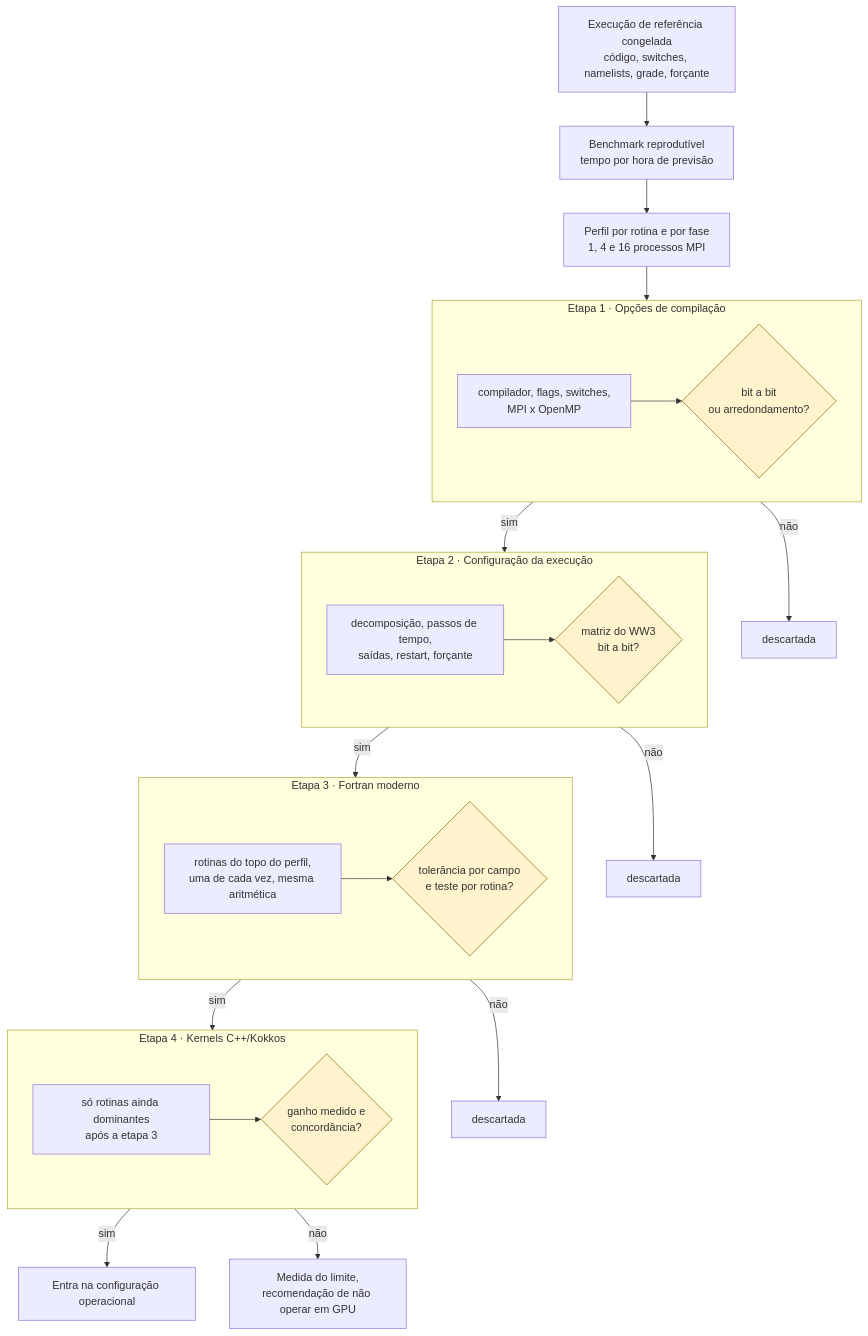
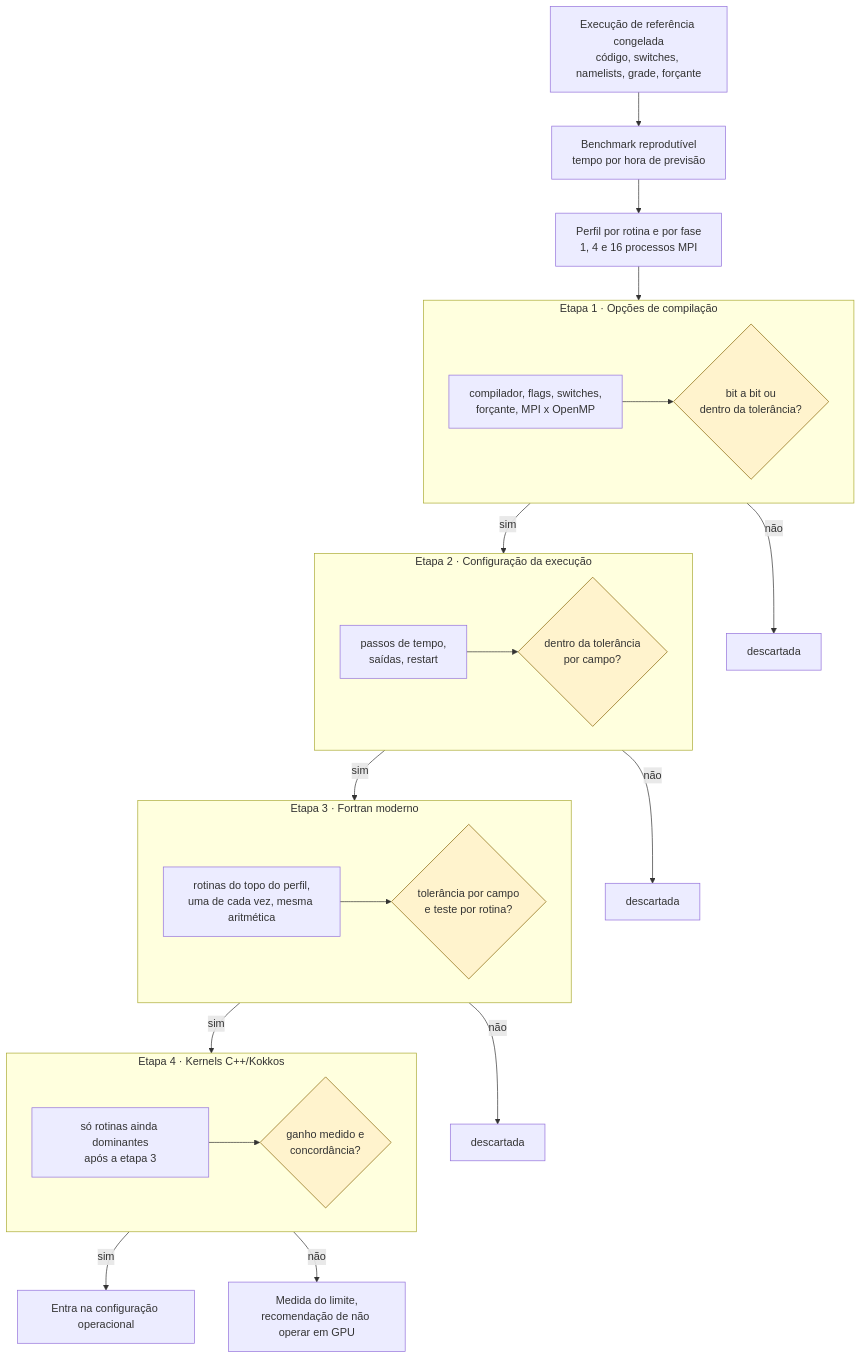
One commit to h0ffmann/ww3-gpu changed the second of 8 diagrams in pubs/proposal/mapas-mentais.pt.md. Above: the diagram before and after it, drawn with Mermaid. The commit also changed 8 other files, not shown here.

````diff
--- a/pubs/proposal/mapas-mentais.pt.md
+++ b/pubs/proposal/mapas-mentais.pt.md
@@ -40,37 +40,37 @@
 ```mermaid
 flowchart TD
     R[Execução de referência congelada<br/>código, switches, namelists, grade, forçante] --> B[Benchmark reprodutível<br/>tempo por hora de previsão]
     B --> P[Perfil por rotina e por fase<br/>1, 4 e 16 processos MPI]
     P --> E1
 
     subgraph E1[Etapa 1 · Opções de compilação]
         direction LR
-        E1a[compilador, flags, switches,<br/>MPI x OpenMP] --> E1g{bit a bit<br/>ou arredondamento?}
+        E1a[compilador, flags, switches,<br/>forçante, MPI x OpenMP] --> E1g{bit a bit ou<br/>dentro da tolerância?}
     end
     E1g -- sim --> E2
     E1g -- não --> X1[descartada]
 
     subgraph E2[Etapa 2 · Configuração da execução]
         direction LR
-        E2a[decomposição, passos de tempo,<br/>saídas, restart, forçante] --> E2g{matriz do WW3<br/>bit a bit?}
+        E2a[passos de tempo,<br/>saídas, restart] --> E2g{dentro da tolerância<br/>por campo?}
     end
     E2g -- sim --> E3
     E2g -- não --> X2[descartada]
 
     subgraph E3[Etapa 3 · Fortran moderno]
         direction LR
         E3a[rotinas do topo do perfil,<br/>uma de cada vez, mesma aritmética] --> E3g{tolerância por campo<br/>e teste por rotina?}
     end
     E3g -- sim --> E4
     E3g -- não --> X3[descartada]
 
     subgraph E4[Etapa 4 · Kernels C++/Kokkos]
         direction LR
         E4a[só rotinas ainda dominantes<br/>após a etapa 3] --> E4g{ganho medido e<br/>concordância?}
     end
     E4g -- sim --> OP[Entra na configuração operacional]
     E4g -- não --> LIM[Medida do limite,<br/>recomendação de não operar em GPU]
 
     classDef gate fill:#fff3cd,stroke:#856404;
     class E1g,E2g,E3g,E4g gate;
 ```
````
